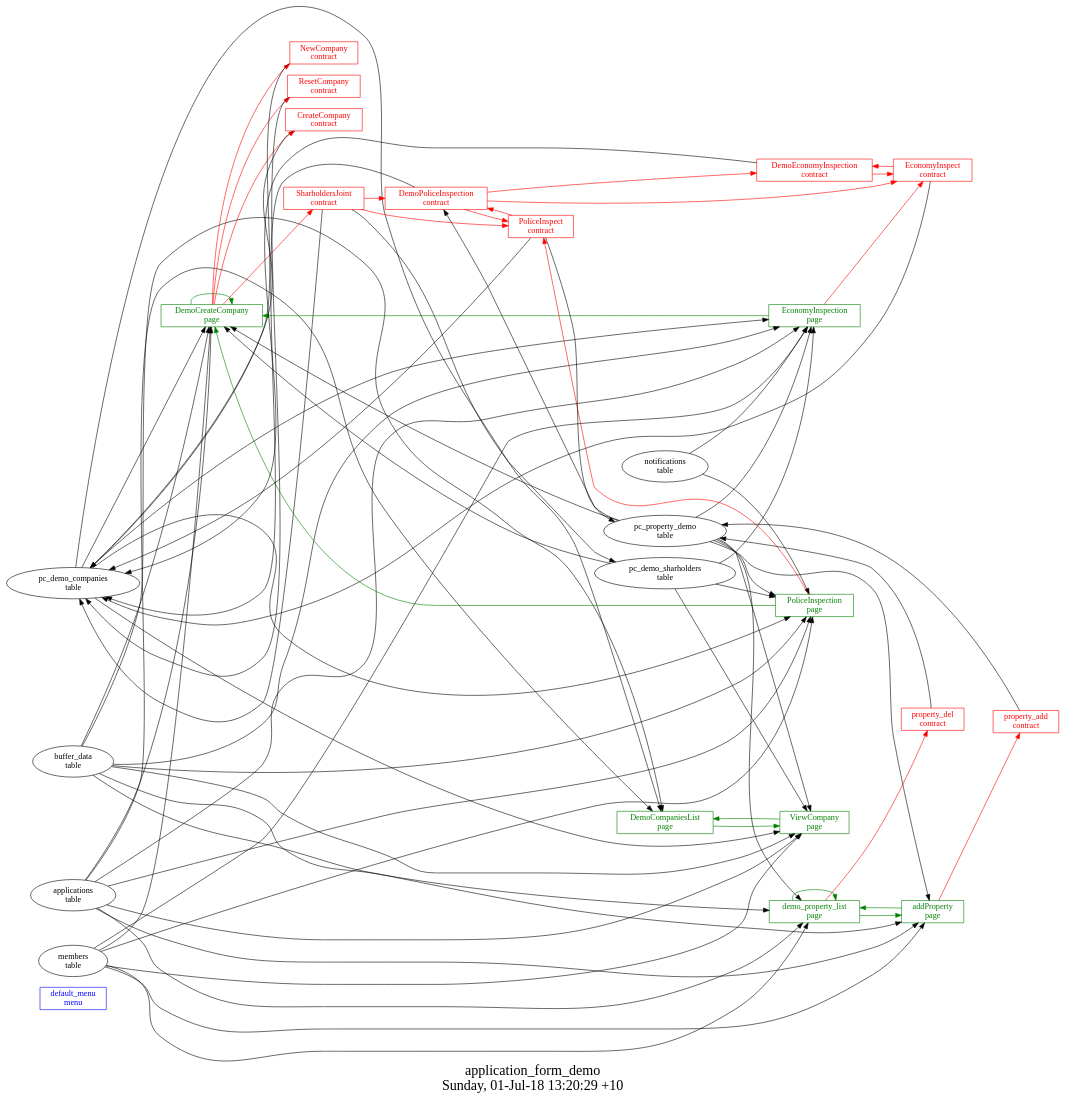
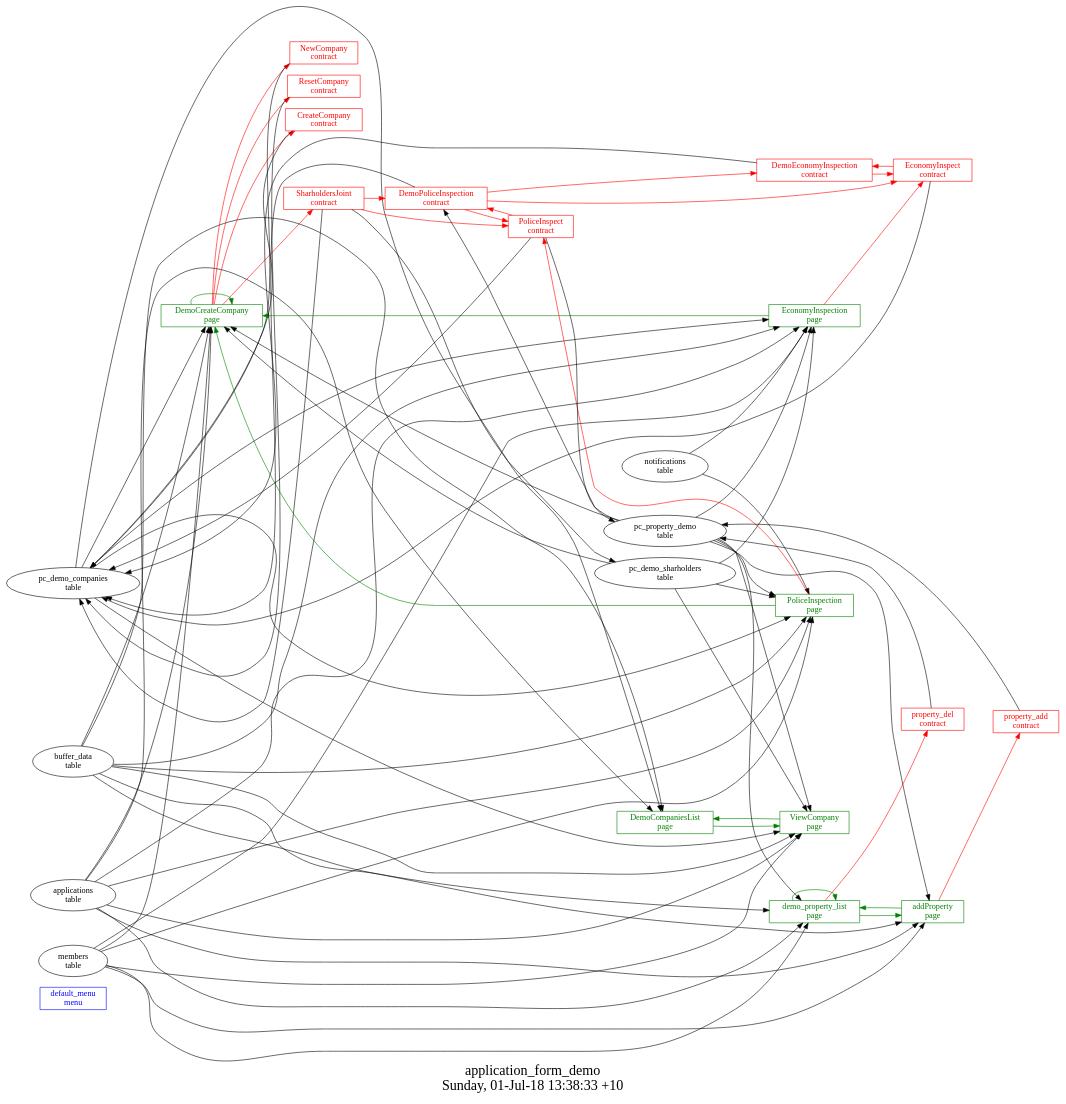
One commit to AplaProject/apps changed the diagram in quick-start/application_form_demo/struct.dot. Above: the diagram before and after it, drawn with Graphviz. The commit also changed 2 other files, not shown here.

```diff
--- a/quick-start/application_form_demo/struct.dot
+++ b/quick-start/application_form_demo/struct.dot
@@ -1,103 +1,101 @@
 digraph G {
 fontsize="24";
-label="application_form_demo\nSunday, 01-Jul-18 13:20:29 +10";
+label="application_form_demo\nSunday, 01-Jul-18 13:38:33 +10";
 nojustify=true;
 ordering=out;
 rankdir=LR;
 size="30";
 "default_menu\nmenu" [color=blue, fontcolor=blue, group=menus, shape=record];
 "pc_demo_companies\ntable" -> "DemoCompaniesList\npage"
 "buffer_data\ntable" -> "DemoCompaniesList\npage"
 "applications\ntable" -> "DemoCompaniesList\npage"
 "DemoCompaniesList\npage" -> "ViewCompany\npage"  [ color=green ]
 "DemoCompaniesList\npage" [color=green, fontcolor=green, group=pages, shape=record];
 "DemoCreateCompany\npage" -> "NewCompany\ncontract"  [ color=red ]
 "DemoCreateCompany\npage" -> "ResetCompany\ncontract"  [ color=red ]
 "DemoCreateCompany\npage" -> "CreateCompany\ncontract"  [ color=red ]
 "DemoCreateCompany\npage" -> "SharholdersJoint\ncontract"  [ color=red ]
 "buffer_data\ntable" -> "DemoCreateCompany\npage"
 "applications\ntable" -> "DemoCreateCompany\npage"
 "pc_demo_companies\ntable" -> "DemoCreateCompany\npage"
 "members\ntable" -> "DemoCreateCompany\npage"
 "pc_demo_sharholders\ntable" -> "DemoCreateCompany\npage"
 "pc_property_demo\ntable" -> "DemoCreateCompany\npage"
 "DemoCreateCompany\npage" -> "DemoCreateCompany\npage"  [ color=green ]
 "DemoCreateCompany\npage" [color=green, fontcolor=green, group=pages, shape=record];
 "EconomyInspection\npage" -> "EconomyInspect\ncontract"  [ color=red ]
 "notifications\ntable" -> "EconomyInspection\npage"
 "pc_demo_companies\ntable" -> "EconomyInspection\npage"
 "pc_property_demo\ntable" -> "EconomyInspection\npage"
 "buffer_data\ntable" -> "EconomyInspection\npage"
 "applications\ntable" -> "EconomyInspection\npage"
 "pc_demo_sharholders\ntable" -> "EconomyInspection\npage"
 "members\ntable" -> "EconomyInspection\npage"
 "EconomyInspection\npage" -> "DemoCreateCompany\npage"  [ color=green ]
 "EconomyInspection\npage" [color=green, fontcolor=green, group=pages, shape=record];
 "PoliceInspection\npage" -> "PoliceInspect\ncontract"  [ color=red ]
 "notifications\ntable" -> "PoliceInspection\npage"
 "pc_demo_companies\ntable" -> "PoliceInspection\npage"
 "pc_property_demo\ntable" -> "PoliceInspection\npage"
 "buffer_data\ntable" -> "PoliceInspection\npage"
 "applications\ntable" -> "PoliceInspection\npage"
 "pc_demo_sharholders\ntable" -> "PoliceInspection\npage"
 "members\ntable" -> "PoliceInspection\npage"
 "PoliceInspection\npage" -> "DemoCreateCompany\npage"  [ color=green ]
 "PoliceInspection\npage" [color=green, fontcolor=green, group=pages, shape=record];
 "pc_demo_companies\ntable" -> "ViewCompany\npage"
 "pc_property_demo\ntable" -> "ViewCompany\npage"
 "buffer_data\ntable" -> "ViewCompany\npage"
 "applications\ntable" -> "ViewCompany\npage"
 "pc_demo_sharholders\ntable" -> "ViewCompany\npage"
 "members\ntable" -> "ViewCompany\npage"
 "ViewCompany\npage" -> "DemoCompaniesList\npage"  [ color=green ]
 "ViewCompany\npage" [color=green, fontcolor=green, group=pages, shape=record];
 "addProperty\npage" -> "property_add\ncontract"  [ color=red ]
 "buffer_data\ntable" -> "addProperty\npage"
 "applications\ntable" -> "addProperty\npage"
 "pc_property_demo\ntable" -> "addProperty\npage"
 "members\ntable" -> "addProperty\npage"
 "addProperty\npage" -> "demo_property_list\npage"  [ color=green ]
 "addProperty\npage" [color=green, fontcolor=green, group=pages, shape=record];
 "demo_property_list\npage" -> "property_del\ncontract"  [ color=red ]
 "pc_property_demo\ntable" -> "demo_property_list\npage"
 "buffer_data\ntable" -> "demo_property_list\npage"
 "applications\ntable" -> "demo_property_list\npage"
 "members\ntable" -> "demo_property_list\npage"
 "demo_property_list\npage" -> "demo_property_list\npage"  [ color=green ]
 "demo_property_list\npage" -> "addProperty\npage"  [ color=green ]
 "demo_property_list\npage" [color=green, fontcolor=green, group=pages, shape=record];
 "CreateCompany\ncontract" -> "pc_demo_companies\ntable"  [ color="" ]
 "CreateCompany\ncontract" [color=red, fontcolor=red, group=contracts, shape=record];
 "DemoEconomyInspection\ncontract" -> "EconomyInspect\ncontract"  [ color=red ]
 "DemoEconomyInspection\ncontract" -> "pc_demo_companies\ntable"  [ color="" ]
 "DemoEconomyInspection\ncontract" [color=red, fontcolor=red, group=contracts, shape=record];
 "DemoPoliceInspection\ncontract" -> "DemoEconomyInspection\ncontract"  [ color=red ]
 "DemoPoliceInspection\ncontract" -> "EconomyInspect\ncontract"  [ color=red ]
 "DemoPoliceInspection\ncontract" -> "PoliceInspect\ncontract"  [ color=red ]
 "DemoPoliceInspection\ncontract" -> "pc_demo_companies\ntable"  [ color="" ]
 "pc_property_demo\ntable" -> "DemoPoliceInspection\ncontract"
 "DemoPoliceInspection\ncontract" [color=red, fontcolor=red, group=contracts, shape=record];
 "EconomyInspect\ncontract" -> "DemoEconomyInspection\ncontract"  [ color=red ]
 "EconomyInspect\ncontract" -> "pc_demo_companies\ntable"  [ color="" ]
 "EconomyInspect\ncontract" [color=red, fontcolor=red, group=contracts, shape=record];
 "NewCompany\ncontract" -> "pc_demo_companies\ntable"  [ color="" ]
 "NewCompany\ncontract" [color=red, fontcolor=red, group=contracts, shape=record];
 "PoliceInspect\ncontract" -> "DemoPoliceInspection\ncontract"  [ color=red ]
 "PoliceInspect\ncontract" -> "pc_demo_companies\ntable"  [ color="" ]
 "PoliceInspect\ncontract" -> "pc_property_demo\ntable"  [ color="" ]
 "PoliceInspect\ncontract" [color=red, fontcolor=red, group=contracts, shape=record];
 "ResetCompany\ncontract" -> "pc_demo_companies\ntable"  [ color="" ]
 "ResetCompany\ncontract" [color=red, fontcolor=red, group=contracts, shape=record];
 "SharholdersJoint\ncontract" -> "DemoPoliceInspection\ncontract"  [ color=red ]
 "SharholdersJoint\ncontract" -> "PoliceInspect\ncontract"  [ color=red ]
 "SharholdersJoint\ncontract" -> "pc_demo_sharholders\ntable"  [ color="" ]
 "SharholdersJoint\ncontract" -> "pc_demo_companies\ntable"  [ color="" ]
 "SharholdersJoint\ncontract" [color=red, fontcolor=red, group=contracts, shape=record];
 "property_add\ncontract" -> "pc_property_demo\ntable"  [ color="" ]
 "property_add\ncontract" [color=red, fontcolor=red, group=contracts, shape=record];
 "property_del\ncontract" -> "pc_property_demo\ntable"  [ color="" ]
 "property_del\ncontract" [color=red, fontcolor=red, group=contracts, shape=record];
-"pc_demo_companies\ntable" [color="", fontcolor="", group=tables, shape=""];
 "pc_demo_sharholders\ntable" [color="", fontcolor="", group=tables, shape=""];
-"pc_property_demo\ntable" [color="", fontcolor="", group=tables, shape=""];
 }
```
